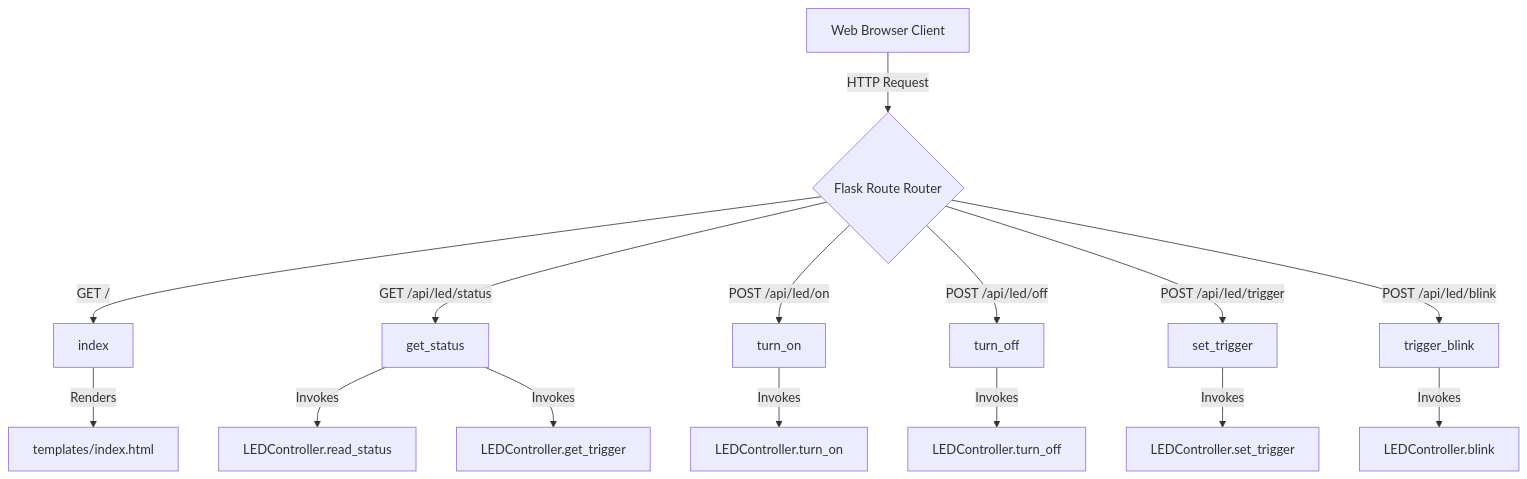
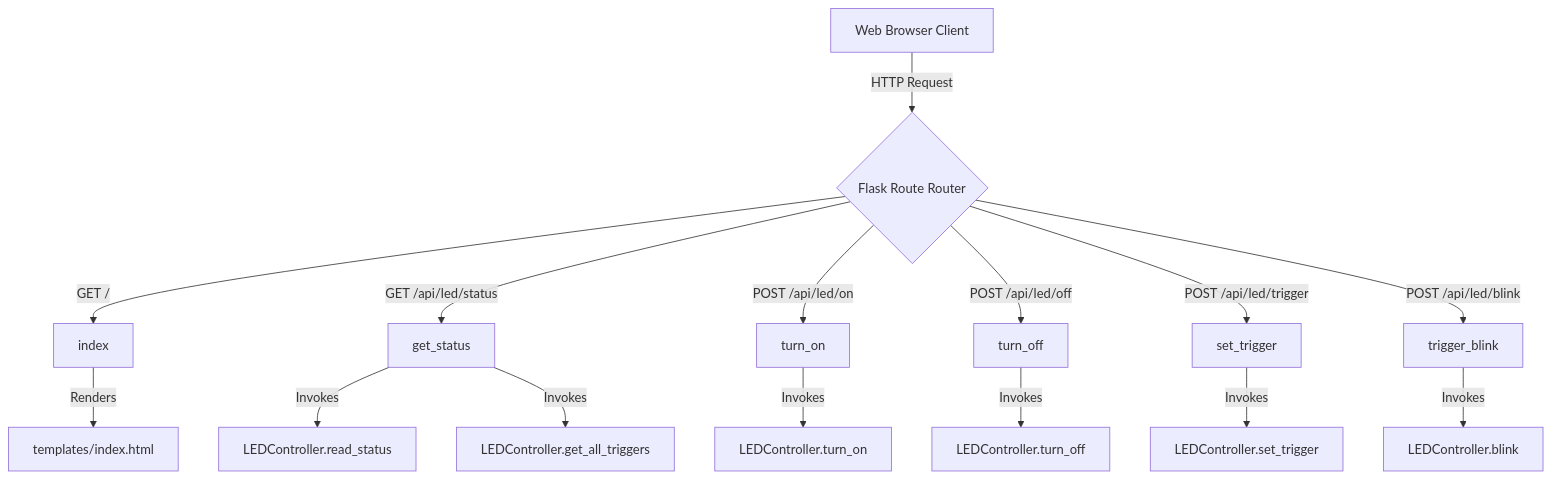
The diagram in app.py.architecture.md (Drodieca19/led-control-raspi2w), drawn with Mermaid before and after one commit. The commit also changed other lines of this file and 8 other files, not shown here.

````diff
--- a/app.py.architecture.md
+++ b/app.py.architecture.md
@@ -11,20 +11,20 @@
 ```mermaid
 graph TD
     Browser[Web Browser Client] -->|HTTP Request| Routing{Flask Route Router}
     
     Routing -->|GET /| index[index]
     Routing -->|GET /api/led/status| get_status[get_status]
     Routing -->|POST /api/led/on| turn_on[turn_on]
     Routing -->|POST /api/led/off| turn_off[turn_off]
     Routing -->|POST /api/led/trigger| set_trigger[set_trigger]
     Routing -->|POST /api/led/blink| trigger_blink[trigger_blink]
     
     index -->|Renders| template[templates/index.html]
     get_status -->|Invokes| status[LEDController.read_status]
-    get_status -->|Invokes| get_trig[LEDController.get_trigger]
+    get_status -->|Invokes| get_all_trigs[LEDController.get_all_triggers]
     
     turn_on -->|Invokes| on[LEDController.turn_on]
     turn_off -->|Invokes| off[LEDController.turn_off]
     set_trigger -->|Invokes| set_trig[LEDController.set_trigger]
     trigger_blink -->|Invokes| blink[LEDController.blink]
 ```
````
